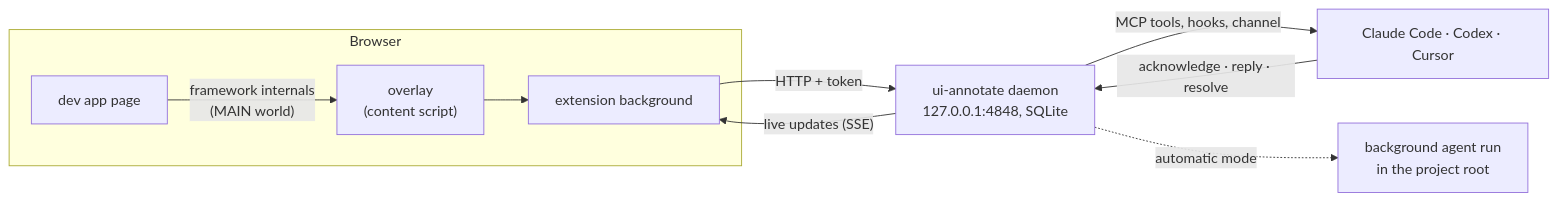
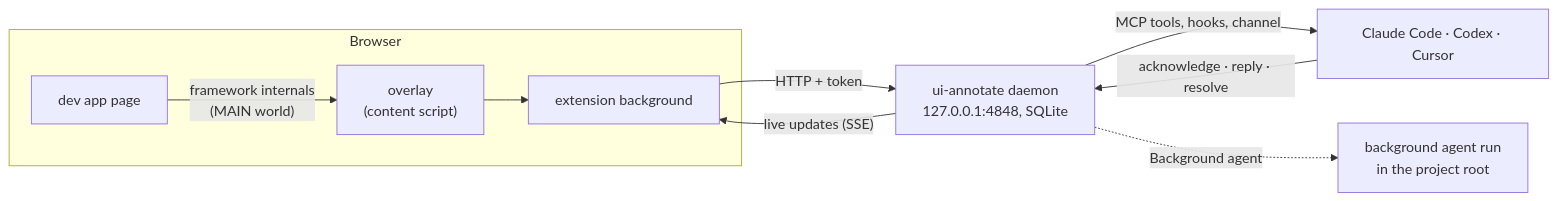
The diagram in README.md (AnarchyGhost/ui-annotate), drawn with Mermaid before and after one commit. The commit also changed other lines of this file and 35 other files, not shown here.

````diff
--- a/README.md
+++ b/README.md
@@ -38,12 +39,12 @@
 ```mermaid
 flowchart LR
   subgraph Browser
     page["dev app page"] -- "framework internals<br/>(MAIN world)" --> overlay["overlay<br/>(content script)"]
     overlay --> bg["extension background"]
   end
   bg -- "HTTP + token" --> daemon["ui-annotate daemon<br/>127.0.0.1:4848, SQLite"]
   daemon -- "MCP tools, hooks, channel" --> agents["Claude Code · Codex · Cursor"]
-  daemon -. "automatic mode" .-> runs["background agent run<br/>in the project root"]
+  daemon -. "Background agent" .-> runs["background agent run<br/>in the project root"]
   agents -- "acknowledge · reply · resolve" --> daemon
   daemon -- "live updates (SSE)" --> bg
 ```
````
